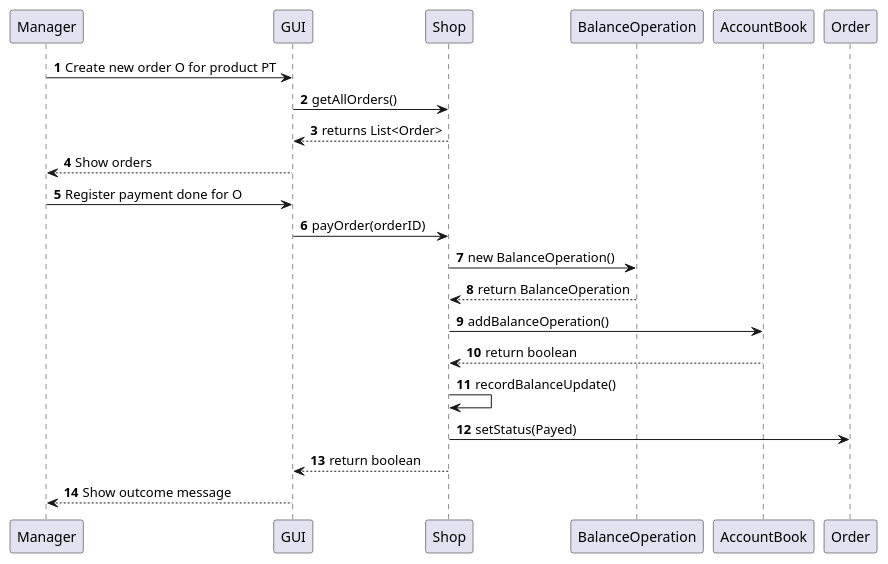
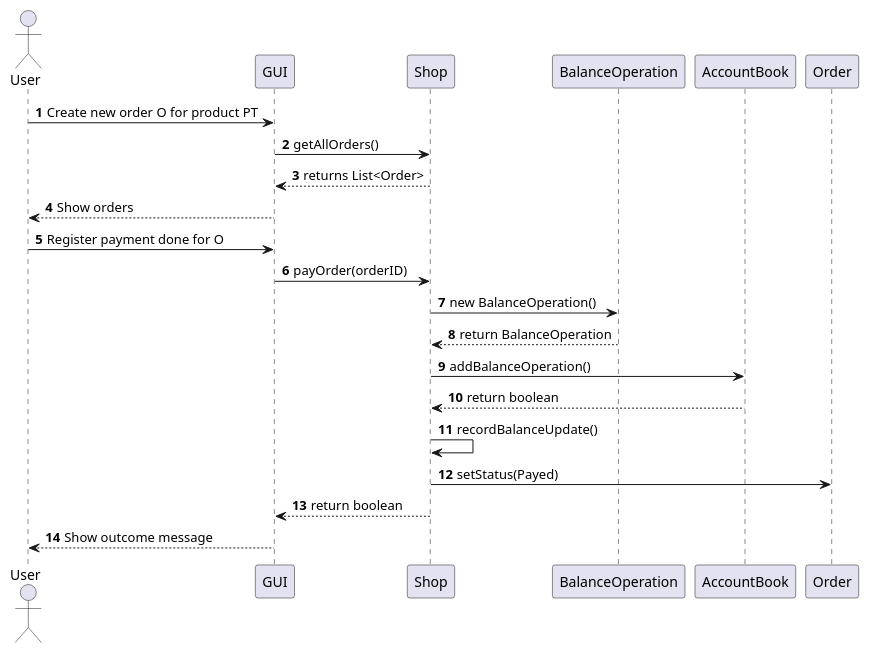
Before and after one commit to Stormz4/group20-EzShop: the tenth of 23 diagrams in Deliverables/DesignDocument.md, drawn with PlantUML. The commit also changed other lines of this file, not shown here.

Commit message:
Doc: User setted as actor in sequence diagrams.

````diff
--- a/Deliverables/DesignDocument.md
+++ b/Deliverables/DesignDocument.md
@@ -418,19 +424,20 @@
 ```plantuml
 @startuml
+Actor User
 autonumber
-Manager -> GUI: Create new order O for product PT
+User -> GUI: Create new order O for product PT
 GUI -> Shop: getAllOrders()
 Shop --> GUI: returns List<Order>
-GUI --> Manager: Show orders
-Manager -> GUI: Register payment done for O
+GUI --> User: Show orders
+User -> GUI: Register payment done for O
 GUI -> Shop: payOrder(orderID)
 Shop -> BalanceOperation: new BalanceOperation()
 BalanceOperation --> Shop: return BalanceOperation
 Shop -> AccountBook: addBalanceOperation()
 AccountBook --> Shop: return boolean
 Shop -> Shop: recordBalanceUpdate()
 Shop -> Order: setStatus(Payed)
 Shop --> GUI: return boolean
-GUI --> Manager: Show outcome message
+GUI --> User: Show outcome message
 @enduml
 ```   
````
